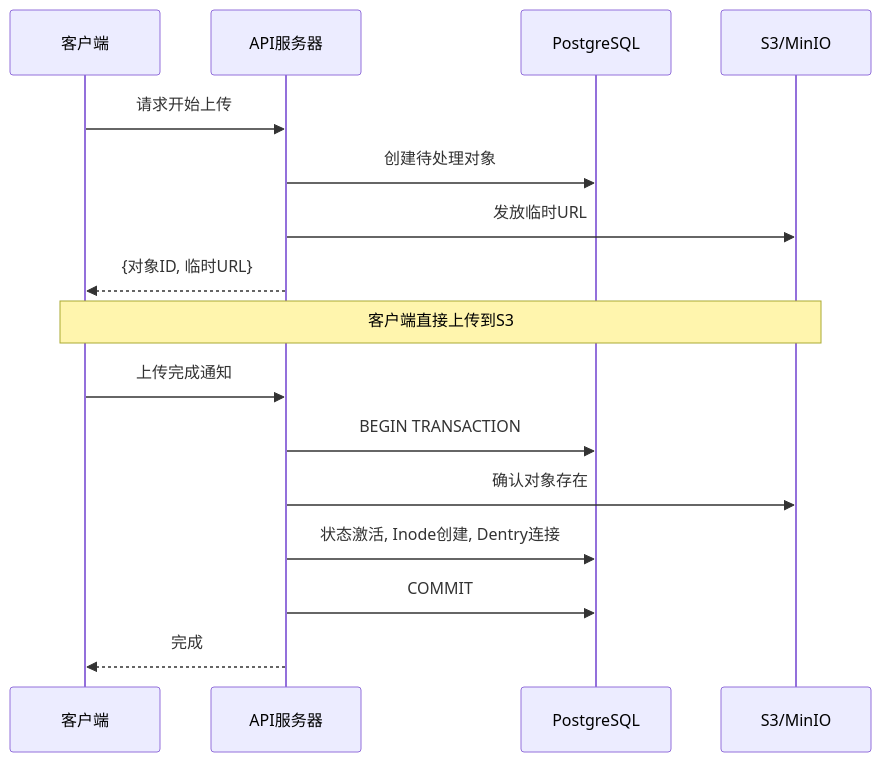
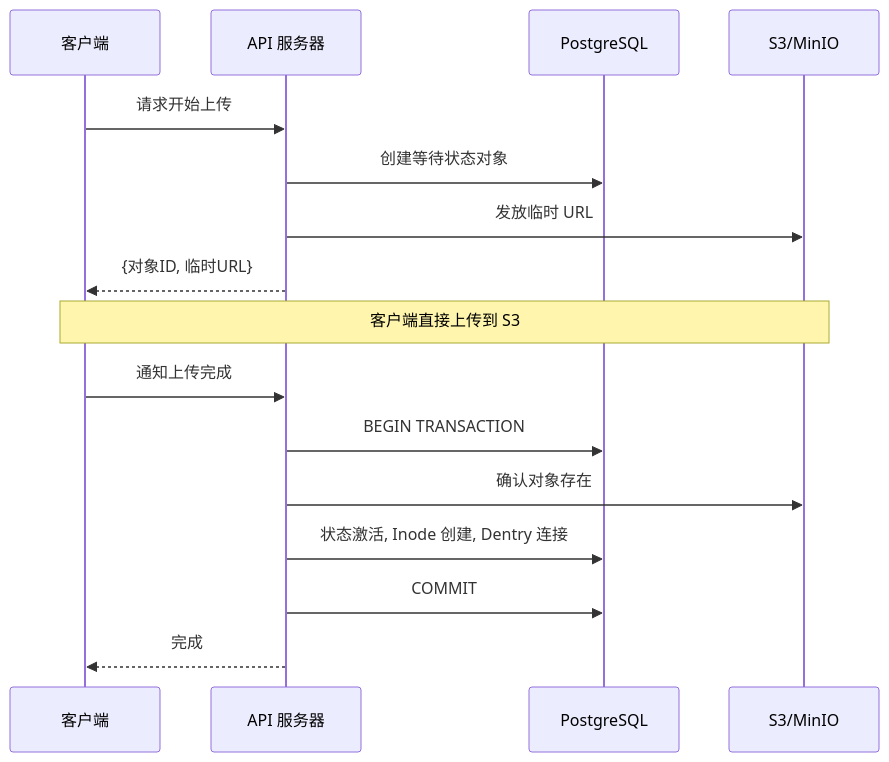
The diagram in src/content/blog/zh/retrowin-deep-dive.md (mandacode-labs/mandacode-devs), drawn with Mermaid before and after one commit. The commit also changed other lines of this file and 30 other files, not shown here.

````diff
--- a/src/content/blog/zh/retrowin-deep-dive.md
+++ b/src/content/blog/zh/retrowin-deep-dive.md
@@ -46,21 +64,21 @@
 ```mermaid
 sequenceDiagram
     participant Client as 客户端
-    participant API as API服务器
+    participant API as API 服务器
     participant DB as PostgreSQL
     participant S3 as S3/MinIO
 
     Client->>API: 请求开始上传
-    API->>DB: 创建待处理对象
-    API->>S3: 发放临时URL
+    API->>DB: 创建等待状态对象
+    API->>S3: 发放临时 URL
     API-->>Client: {对象ID, 临时URL}
 
-    Note over Client,S3: 客户端直接上传到S3
+    Note over Client,S3: 客户端直接上传到 S3
 
-    Client->>API: 上传完成通知
+    Client->>API: 通知上传完成
     API->>DB: BEGIN TRANSACTION
     API->>S3: 确认对象存在
-    API->>DB: 状态激活, Inode创建, Dentry连接
+    API->>DB: 状态激活, Inode 创建, Dentry 连接
     API->>DB: COMMIT
     API-->>Client: 完成
 ```
````
